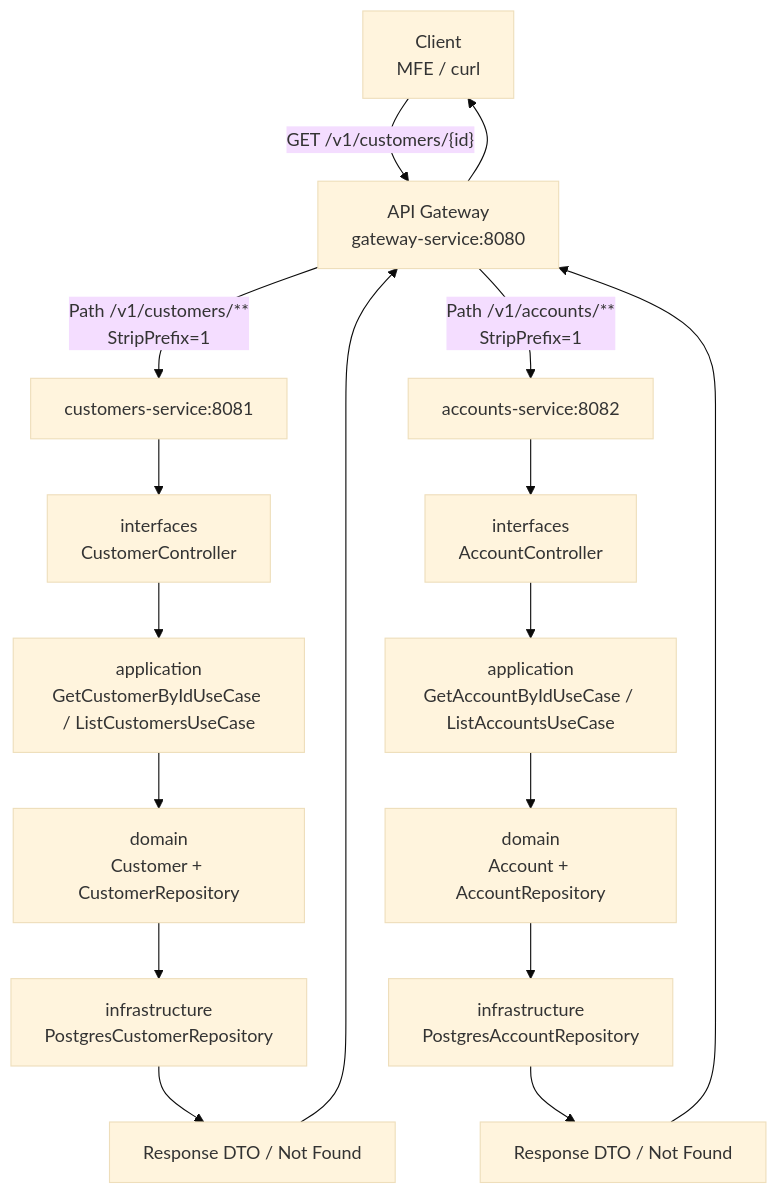
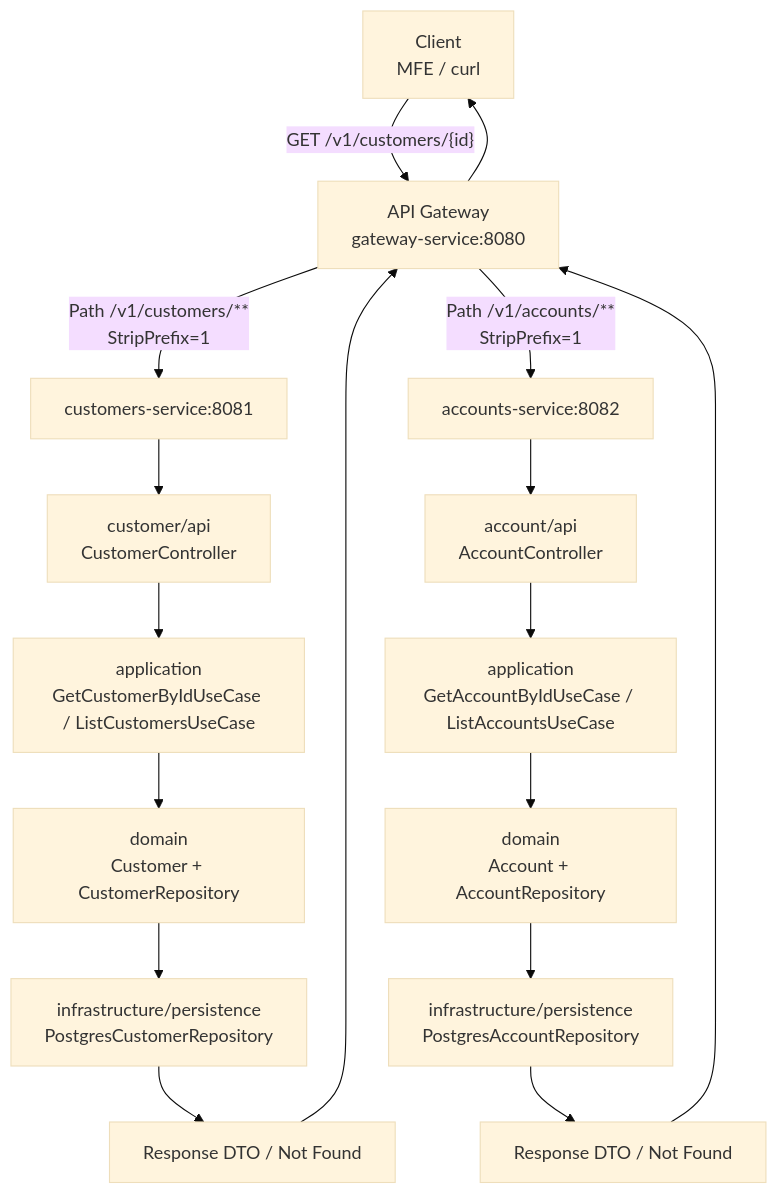
One commit to mergin/msa-poc changed the first of 2 diagrams in README.md. Above: the diagram before and after it, drawn with Mermaid (base theme). The commit also changed other lines of this file and 157 other files, not shown here.

````diff
--- a/README.md
+++ b/README.md
@@ -67,20 +67,20 @@
 ```mermaid
 flowchart TD
   C["Client<br/>MFE / curl"] -->|"GET /v1/customers/{id}"| G["API Gateway<br/>gateway-service:8080"]
   G -->|"Path /v1/customers/**<br/>StripPrefix=1"| S["customers-service:8081"]
-  S --> I["interfaces<br/>CustomerController"]
+  S --> I["customer/api<br/>CustomerController"]
   I --> A["application<br/>GetCustomerByIdUseCase / ListCustomersUseCase"]
   A --> D["domain<br/>Customer + CustomerRepository"]
-  D --> R["infrastructure<br/>PostgresCustomerRepository"]
+  D --> R["infrastructure/persistence<br/>PostgresCustomerRepository"]
     R --> E[Response DTO / Not Found]
     E --> G
     G --> C
 
   G -->|"Path /v1/accounts/**<br/>StripPrefix=1"| SA["accounts-service:8082"]
-  SA --> IA["interfaces<br/>AccountController"]
+  SA --> IA["account/api<br/>AccountController"]
   IA --> AA["application<br/>GetAccountByIdUseCase / ListAccountsUseCase"]
   AA --> DA["domain<br/>Account + AccountRepository"]
-  DA --> RA["infrastructure<br/>PostgresAccountRepository"]
+  DA --> RA["infrastructure/persistence<br/>PostgresAccountRepository"]
     RA --> EA[Response DTO / Not Found]
     EA --> G
 ```
````
